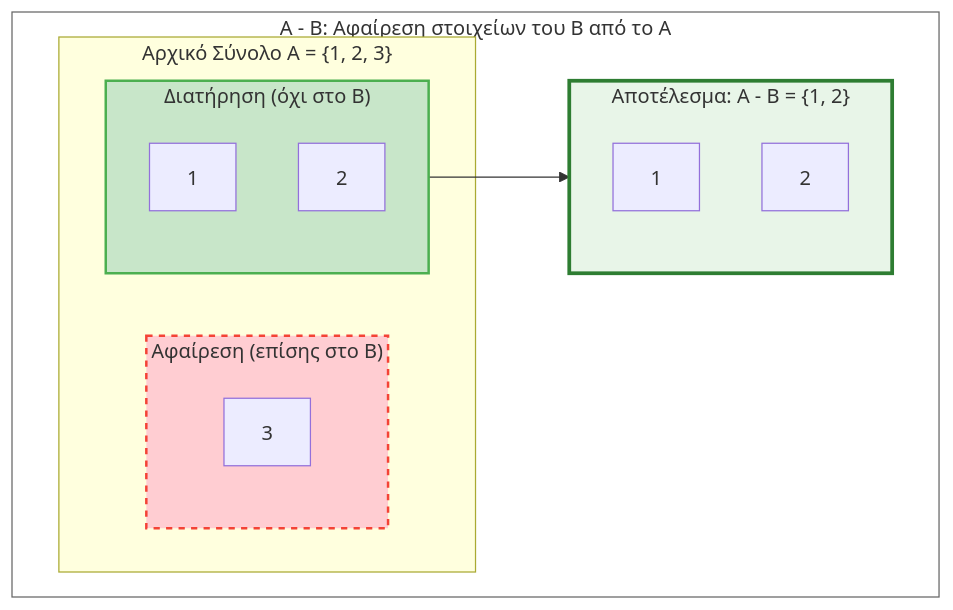
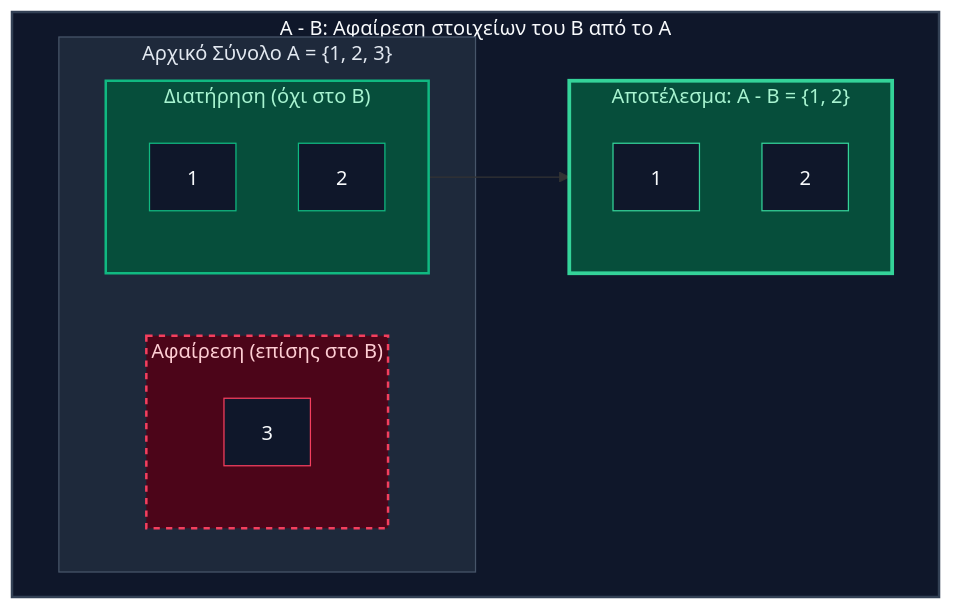
Before and after one commit to PanagopoulosNikolaos/DitOpenNotes: the fourth of 6 diagrams in Year_1/Semester_2/DISCRETE_MATHEMATICS/Resources/Notes/02_set_operations_and_venn.md, drawn with Mermaid. The commit also changed other lines of this file, not shown here.

Commit message:
docs: update notes on set operations and Venn diagrams

````diff
--- a/Year_1/Semester_2/DISCRETE_MATHEMATICS/Resources/Notes/02_set_operations_and_venn.md
+++ b/Year_1/Semester_2/DISCRETE_MATHEMATICS/Resources/Notes/02_set_operations_and_venn.md
@@ -101,27 +116,33 @@
 ```mermaid
 graph TD
     subgraph Operation ["A - B: Αφαίρεση στοιχείων του B από το A"]
         subgraph Original ["Αρχικό Σύνολο A = {1, 2, 3}"]
-            subgraph Keep [" Διατήρηση (όχι στο B)"]
-                style Keep fill:#c8e6c9,stroke:#4caf50,stroke-width:2px
+            subgraph Keep ["Διατήρηση (όχι στο B)"]
                 k1[1]
                 k2[2]
             end
             
-            subgraph Remove [" Αφαίρεση (επίσης στο B)"]
-                style Remove fill:#ffcdd2,stroke:#f44336,stroke-width:2px,stroke-dasharray: 5 5
+            subgraph Remove ["Αφαίρεση (επίσης στο B)"]
                 r3[3]
             end
         end
         
-        subgraph Result [" Αποτέλεσμα: A - B = {1, 2}"]
-            style Result fill:#e8f5e8,stroke:#2e7d32,stroke-width:3px
+        subgraph Result ["Αποτέλεσμα: A - B = {1, 2}"]
             res1[1]
             res2[2]
         end
     end
     
     Keep --> Result
-    style Operation fill:#ffffff,stroke:#666
+    style Operation fill:#0f172a,stroke:#334155,stroke-width:2px,color:#f8fafc
+    style Original fill:#1e293b,stroke:#475569,stroke-width:1px,color:#e2e8f0
+    style Keep fill:#064e3b,stroke:#10b981,stroke-width:2px,color:#a7f3d0
+    style Remove fill:#4c0519,stroke:#f43f5e,stroke-width:2px,stroke-dasharray: 5 5,color:#fecdd3
+    style Result fill:#064e3b,stroke:#34d399,stroke-width:3px,color:#a7f3d0
+    style k1 fill:#0f172a,stroke:#10b981,color:#f8fafc
+    style k2 fill:#0f172a,stroke:#10b981,color:#f8fafc
+    style r3 fill:#0f172a,stroke:#f43f5e,color:#f8fafc
+    style res1 fill:#0f172a,stroke:#34d399,color:#f8fafc
+    style res2 fill:#0f172a,stroke:#34d399,color:#f8fafc
 
 ```
````
